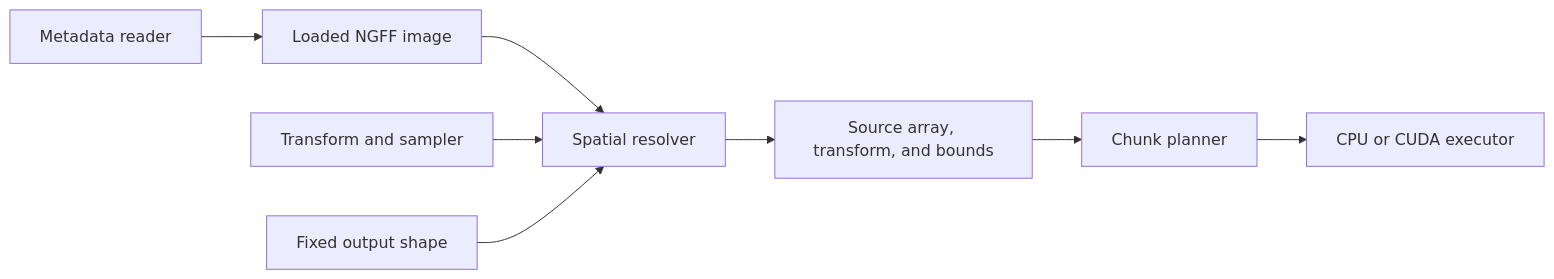
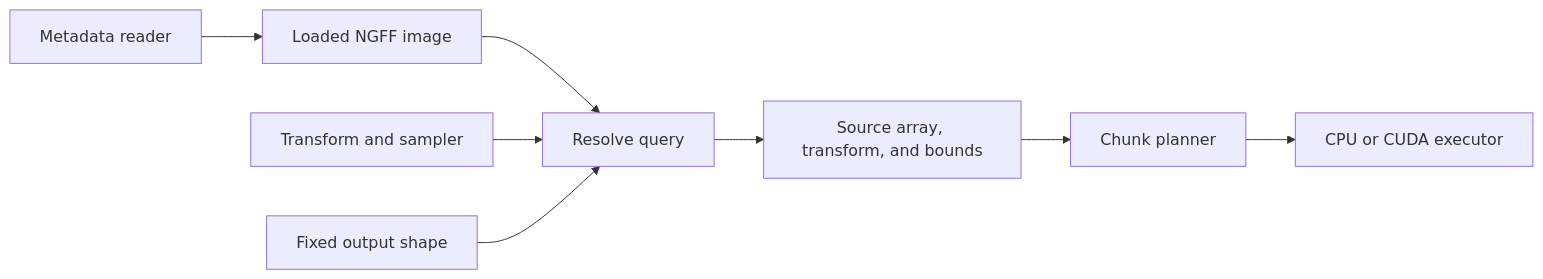
The diagram in docs/spatial.md (nclack/damacy), drawn with Mermaid before and after one commit. The commit also changed other lines of this file and 11 other files, not shown here.

Commit message:
Simplify spatial query resolution

````diff
--- a/docs/spatial.md
+++ b/docs/spatial.md
@@ -6,10 +6,10 @@
 ```mermaid
 flowchart LR
     reader[Metadata reader] --> image[Loaded NGFF image]
-    image --> resolver[Spatial resolver]
+    image --> resolver[Resolve query]
     query[Transform and sampler] --> resolver
     output[Fixed output shape] --> resolver
     resolver --> resolved[Source array, transform, and bounds]
     resolved --> planner[Chunk planner]
     planner --> executor[CPU or CUDA executor]
 ```
````
